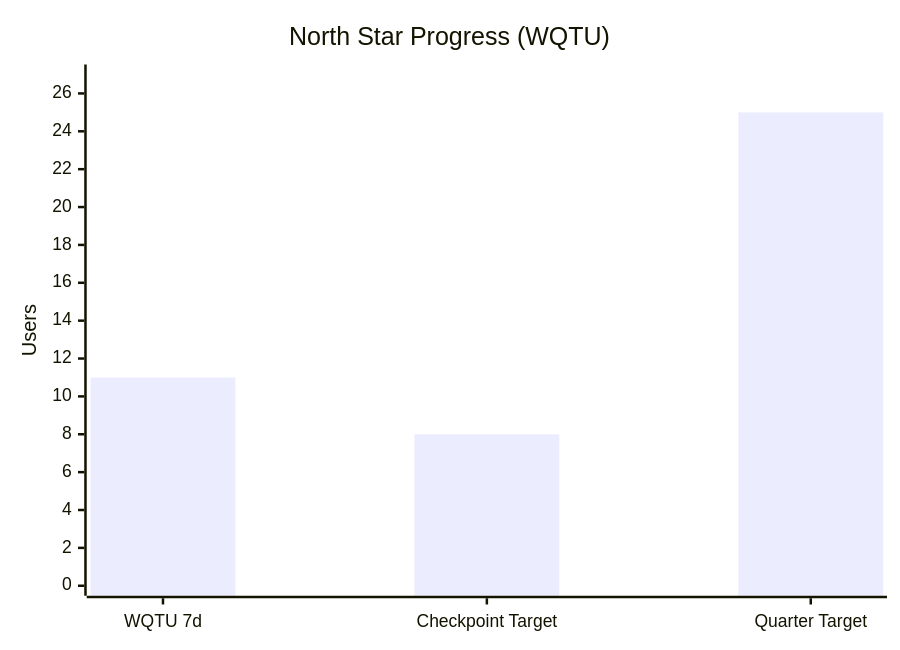
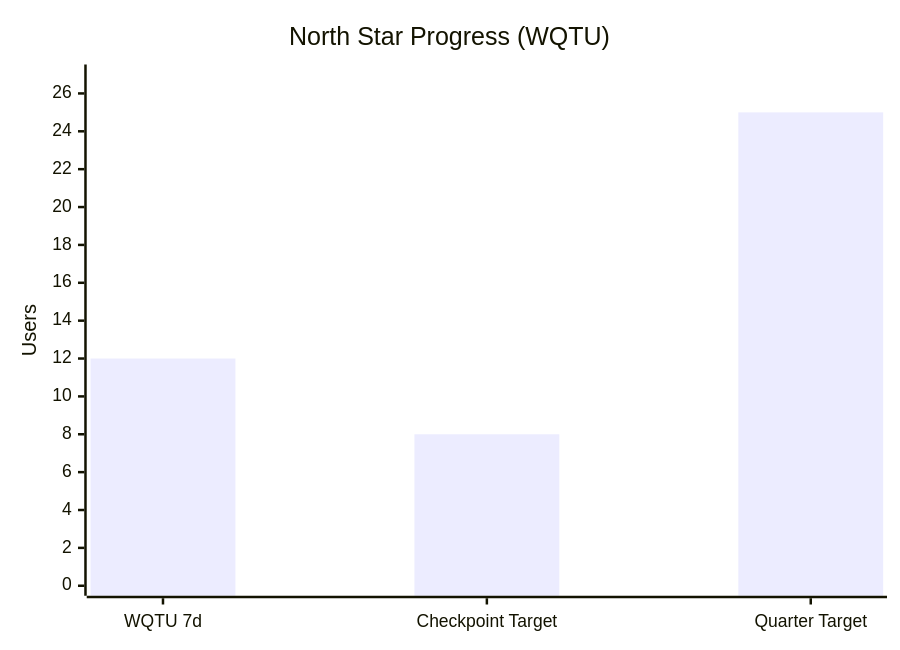
One commit to IgorGanapolsky/Random-Timer changed the second of 4 diagrams in wiki/Paid-Acquisition.md. Above: the diagram before and after it, drawn with Mermaid. The commit also changed other lines of this file and 10 other files, not shown here.

````diff
--- a/wiki/Paid-Acquisition.md
+++ b/wiki/Paid-Acquisition.md
@@ -50,7 +50,7 @@
 ```mermaid
 xychart-beta
     title "North Star Progress (WQTU)"
     x-axis ["WQTU 7d" , "Checkpoint Target" , "Quarter Target"]
     y-axis "Users" 0 --> 27
-    bar [11 , 8 , 25]
+    bar [12 , 8 , 25]
 ```
````
